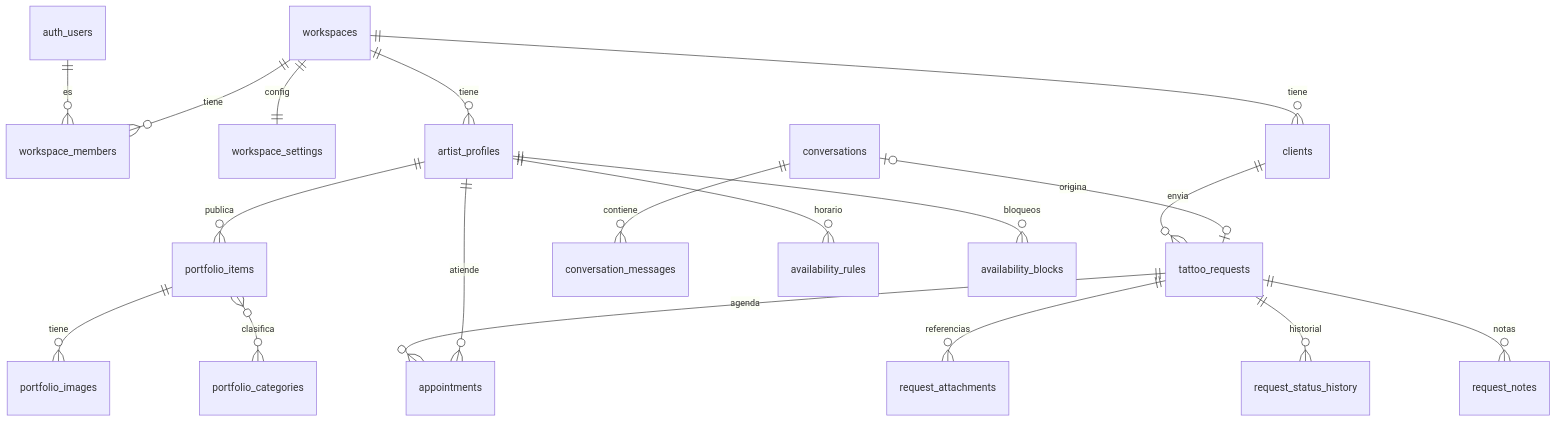
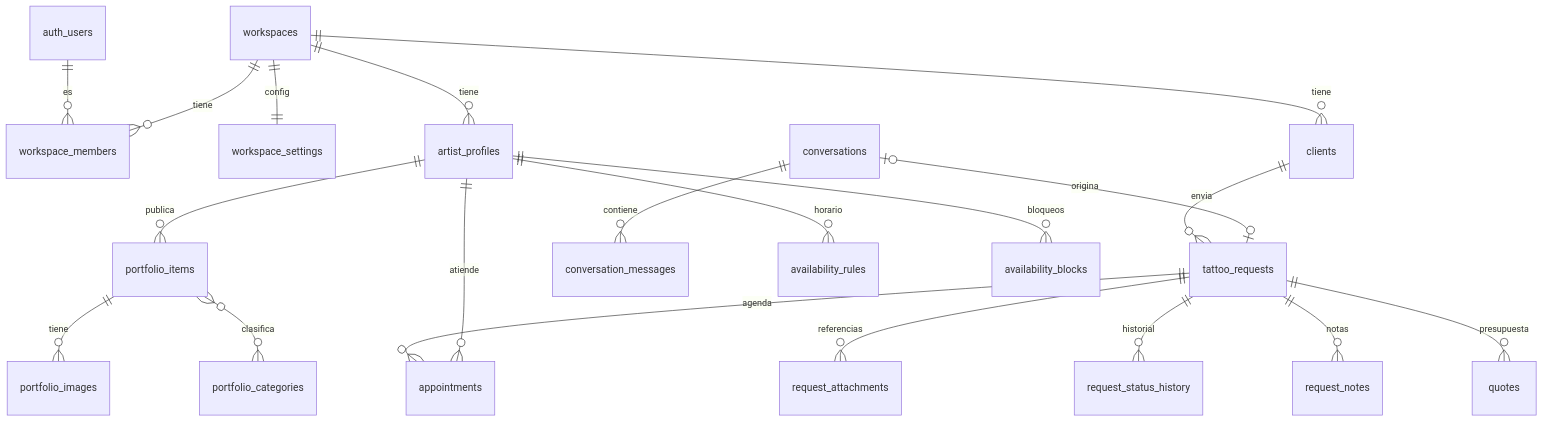
The diagram in docs/DATABASE.md (zEk4s21/inkflow), drawn with Mermaid before and after one commit. The commit also changed other lines of this file and 17 other files, not shown here.

````diff
--- a/docs/DATABASE.md
+++ b/docs/DATABASE.md
@@ -21,21 +21,22 @@
 ```mermaid
 erDiagram
   auth_users ||--o{ workspace_members : "es"
   workspaces ||--o{ workspace_members : tiene
   workspaces ||--|| workspace_settings : config
   workspaces ||--o{ artist_profiles : tiene
   artist_profiles ||--o{ portfolio_items : publica
   portfolio_items ||--o{ portfolio_images : tiene
   portfolio_items }o--o{ portfolio_categories : clasifica
   workspaces ||--o{ clients : tiene
   clients ||--o{ tattoo_requests : envia
   conversations ||--o{ conversation_messages : contiene
   conversations |o--o| tattoo_requests : origina
   tattoo_requests ||--o{ request_attachments : referencias
   tattoo_requests ||--o{ request_status_history : historial
   tattoo_requests ||--o{ request_notes : notas
   tattoo_requests ||--o{ appointments : agenda
+  tattoo_requests ||--o{ quotes : presupuesta
   artist_profiles ||--o{ availability_rules : horario
   artist_profiles ||--o{ availability_blocks : bloqueos
   artist_profiles ||--o{ appointments : atiende
 ```
````
